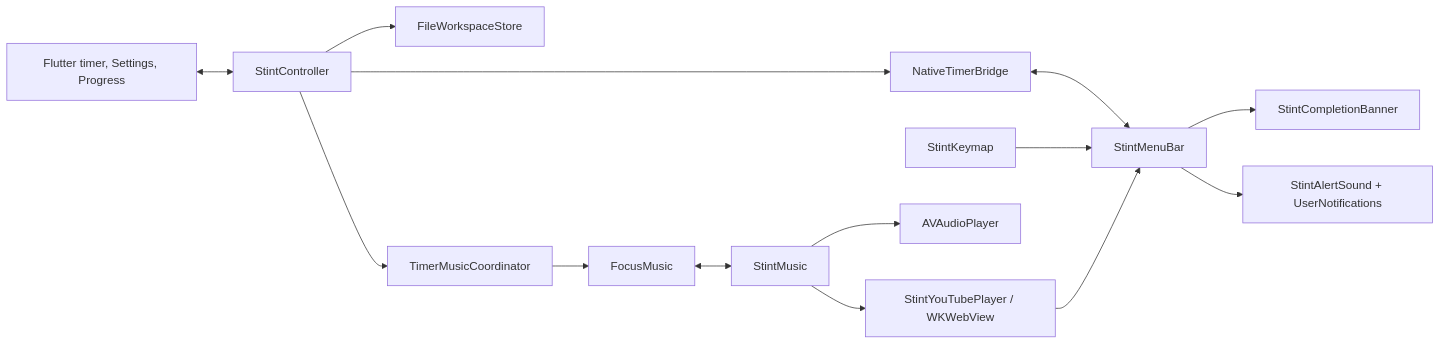
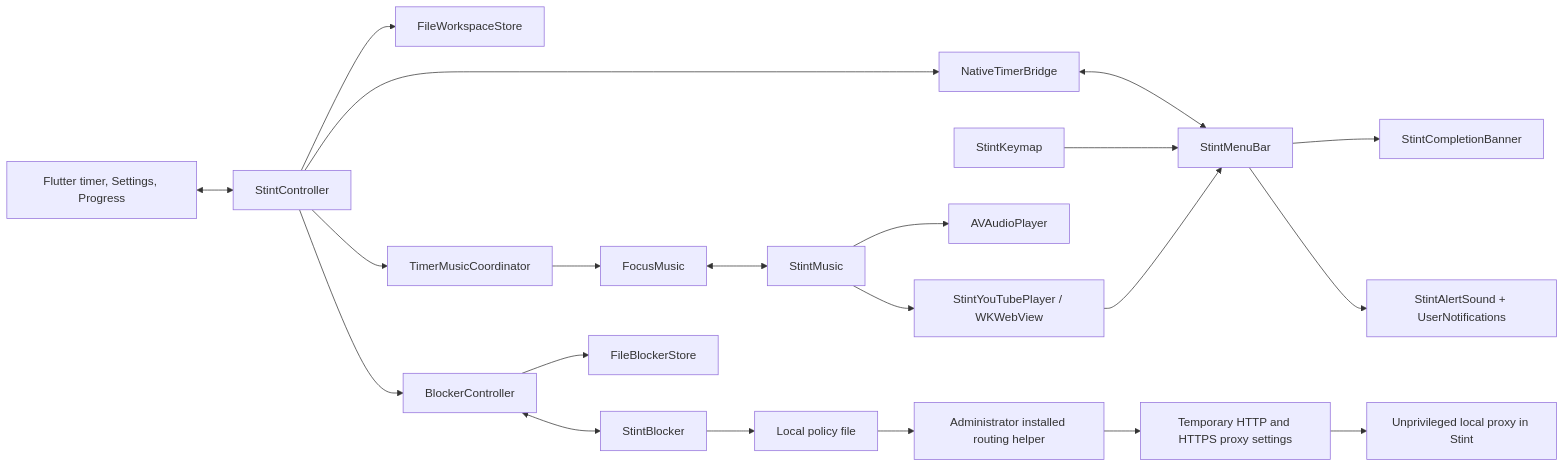
Before and after one commit to albert2704/stint: the diagram in docs/architecture.md, drawn with Mermaid. The commit also changed other lines of this file and 54 other files, not shown here.

Commit message:
Add focus distraction blocking with a recoverable local web proxy

````diff
--- a/docs/architecture.md
+++ b/docs/architecture.md
@@ -9,16 +9,23 @@
 ```mermaid
 flowchart LR
     UI[Flutter timer, Settings, Progress] <--> Controller[StintController]
     Controller --> Store[FileWorkspaceStore]
     Controller --> Bridge[NativeTimerBridge]
     Bridge <--> Menu[StintMenuBar]
     Menu --> Card[StintCompletionBanner]
     Menu --> Alerts[StintAlertSound + UserNotifications]
     Keys[StintKeymap] --> Menu
     Controller --> Coordinator[TimerMusicCoordinator]
     Coordinator --> Music[FocusMusic]
     Music <--> NativeMusic[StintMusic]
     NativeMusic --> Audio[AVAudioPlayer]
     NativeMusic --> YouTube[StintYouTubePlayer / WKWebView]
     YouTube --> Menu
+    Controller --> Blocker[BlockerController]
+    Blocker --> BlockerStore[FileBlockerStore]
+    Blocker <--> NativeBlocker[StintBlocker]
+    NativeBlocker --> Policy[Local policy file]
+    Policy --> Helper[Administrator installed routing helper]
+    Helper --> Routing[Temporary HTTP and HTTPS proxy settings]
+    Routing --> Proxy[Unprivileged local proxy in Stint]
 ```
````
